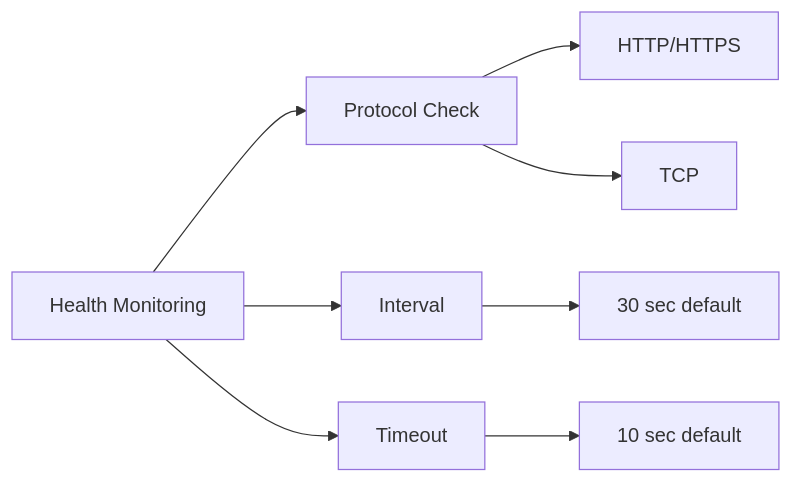
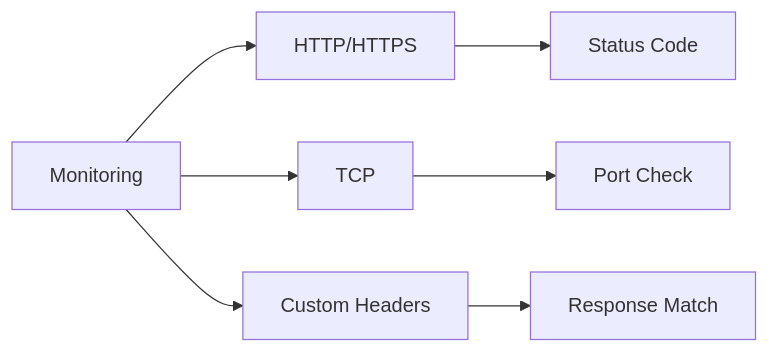
The seventh of 14 diagrams in src/azure/az-104/Traffic_Manager.md (saravanakumarrc/Architecture_Journey), drawn with Mermaid before and after one commit. The commit also changed other lines of this file and 6 other files, not shown here.

````diff
--- a/src/azure/az-104/Traffic_Manager.md
+++ b/src/azure/az-104/Traffic_Manager.md
@@ -102,12 +109,10 @@
 ```mermaid
 graph LR
-    A[Health Monitoring] --> B[Protocol Check]
-    A --> C[Interval]
-    A --> D[Timeout]
+    A[Monitoring] --> B[HTTP/HTTPS]
+    A --> C[TCP]
+    A --> D[Custom Headers]
     
-    B --> E[HTTP/HTTPS]
-    B --> F[TCP]
-    
-    C --> G[30 sec default]
-    D --> H[10 sec default]
+    B --> E[Status Code]
+    C --> F[Port Check]
+    D --> G[Response Match]
 ```
````
